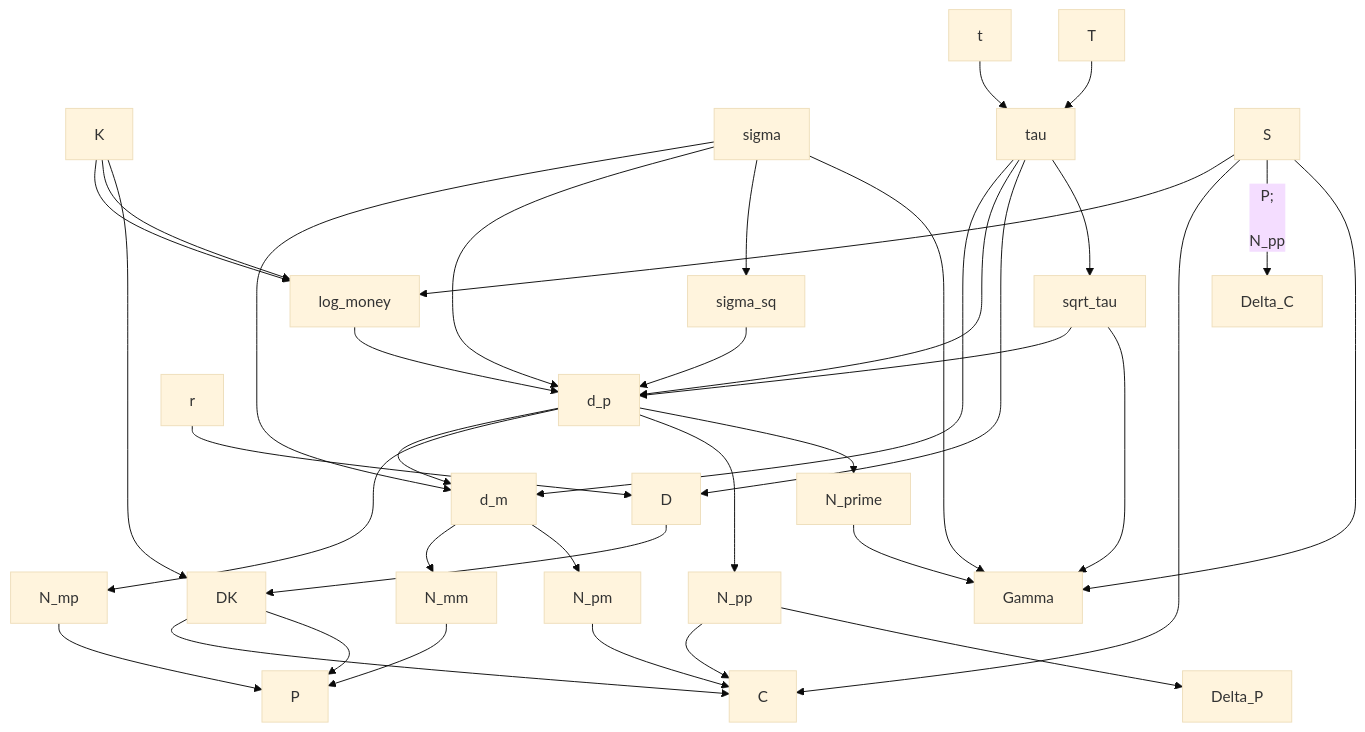
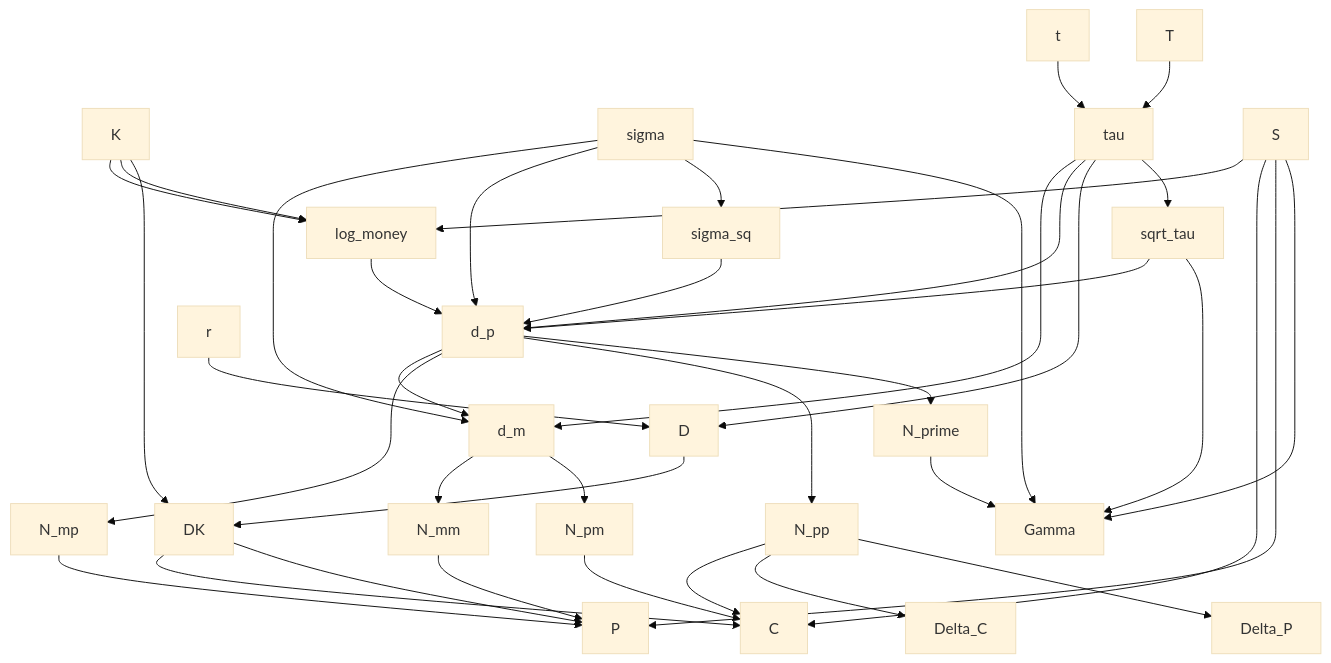
One commit to bwrob/options-dataframes changed the diagram in README.md. Above: the diagram before and after it, drawn with Mermaid (base theme). The commit also changed 2 other files, not shown here.

````diff
--- a/README.md
+++ b/README.md
@@ -202,49 +202,49 @@
 ```mermaid
   graph TD;
     K --> log_money;
     sigma --> d_m;
     sigma --> d_p;
     sigma --> sigma_sq;
     t --> tau;
     T --> tau;
     r --> D;
     S --> log_money;
     K --> log_money;
 
     tau --> d_m;
     tau --> d_p;
     tau --> D;
     tau --> sqrt_tau;
 
     D --> DK;
     K --> DK;
 
     log_money --> d_p;
     sigma_sq --> d_p;
     sqrt_tau --> d_p;
     d_p --> d_m;
 
     d_m --> N_mm;
     d_m --> N_pm;
     d_p --> N_mp;
     d_p --> N_pp;
 
     N_pm --> C;
     N_pp --> C;
     S --> C;
     DK --> C;
 
     N_mm --> P;
     N_mp --> P;
     DK --> P;
-    S -- P;
+    S --> P;
 
     N_pp --> Delta_C;
     N_pp --> Delta_P;
 
     d_p --> N_prime;
     N_prime --> Gamma;
     S --> Gamma;
     sigma --> Gamma;
     sqrt_tau --> Gamma;
 ```
````
